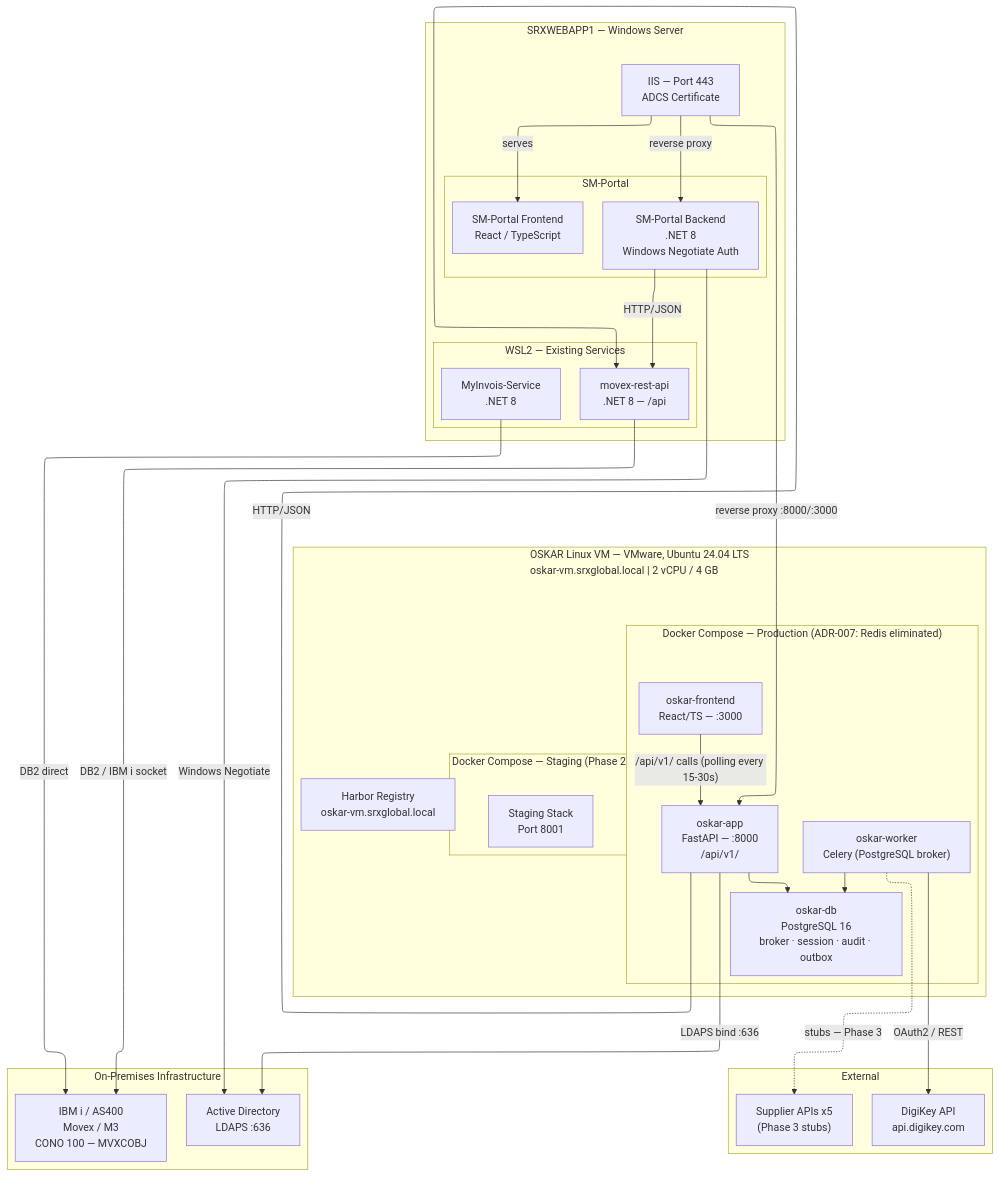
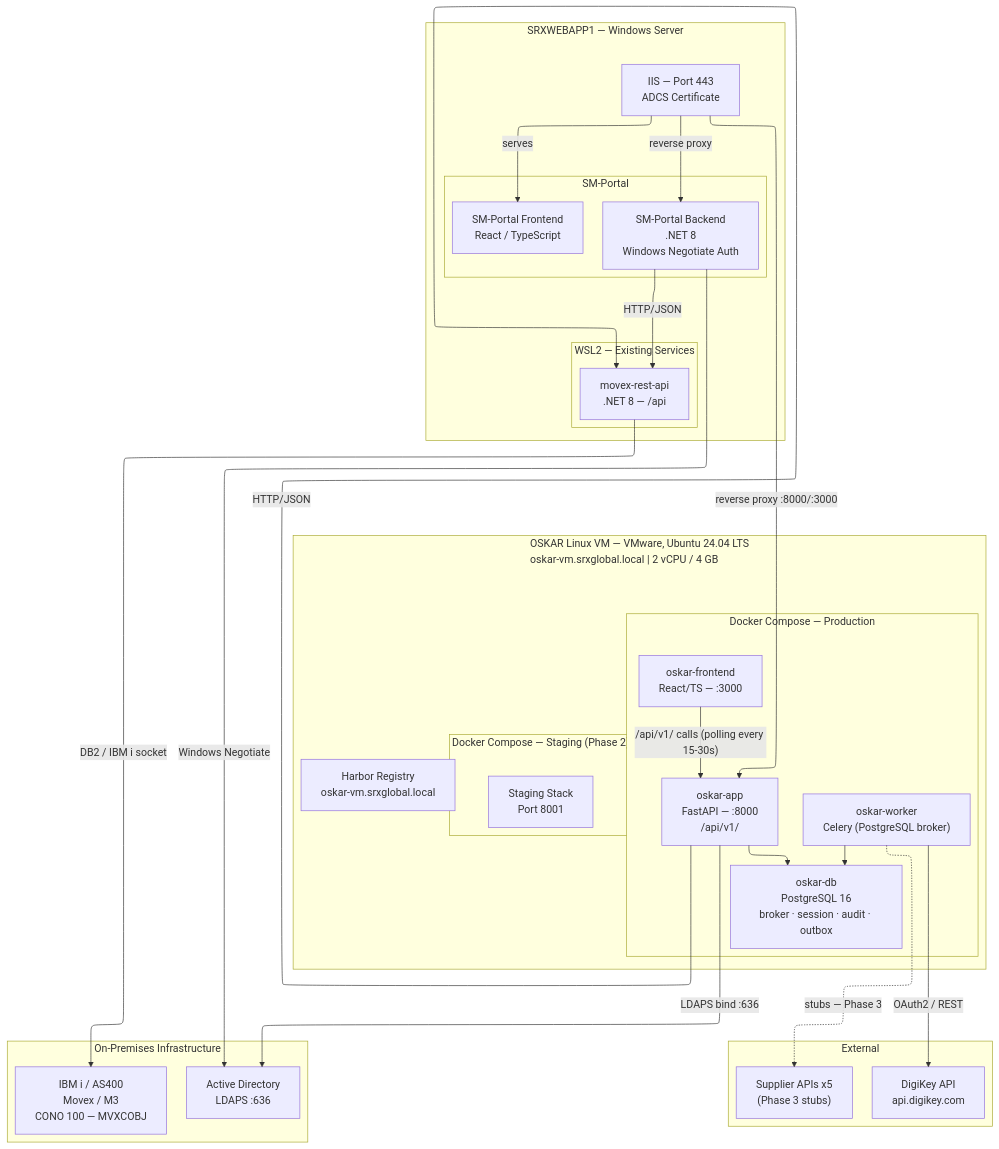
The second of 12 diagrams in ai/memory/03-oskar-architecture.md (hsalazar-srx/Oskar), drawn with Mermaid before and after one commit. The commit also changed other lines of this file and 66 other files, not shown here.

````diff
--- a/ai/memory/03-oskar-architecture.md
+++ b/ai/memory/03-oskar-architecture.md
@@ -71,68 +70,66 @@
 ```mermaid
 ---
 config:
   theme: light
   layout: elk
   look: classic
 ---
 graph TB
   subgraph Internet["External"]
     digikey["DigiKey API<br/>api.digikey.com"]
     suppliers_ext["Supplier APIs x5<br/>(Phase 3 stubs)"]
   end
 
   subgraph SRXWEBAPP1["SRXWEBAPP1 — Windows Server"]
     direction TB
     IIS["IIS — Port 443<br/>ADCS Certificate"]
 
     subgraph WSL2["WSL2 — Existing Services"]
       movexapi_svc["movex-rest-api<br/>.NET 8 — /api"]
-      myinvois_svc["MyInvois-Service<br/>.NET 8"]
     end
 
     subgraph SMPortal["SM-Portal"]
       smportal_be["SM-Portal Backend<br/>.NET 8<br/>Windows Negotiate Auth"]
       smportal_fe["SM-Portal Frontend<br/>React / TypeScript"]
     end
   end
 
   subgraph OskarVM["OSKAR Linux VM — VMware, Ubuntu 24.04 LTS<br/>oskar-vm.srxglobal.local | 2 vCPU / 4 GB"]
     direction TB
     Harbor["Harbor Registry<br/>oskar-vm.srxglobal.local"]
 
-    subgraph DockerProd["Docker Compose — Production (ADR-007: Redis eliminated)"]
+    subgraph DockerProd["Docker Compose — Production"]
       oskar_fe["oskar-frontend<br/>React/TS — :3000"]
       oskar_app["oskar-app<br/>FastAPI — :8000<br/>/api/v1/"]
       oskar_worker["oskar-worker<br/>Celery (PostgreSQL broker)"]
       oskar_db["oskar-db<br/>PostgreSQL 16<br/>broker · session · audit · outbox"]
     end
 
     subgraph DockerStaging["Docker Compose — Staging (Phase 2)"]
       staging["Staging Stack<br/>Port 8001"]
     end
   end
 
   subgraph OnPrem["On-Premises Infrastructure"]
     IBMI["IBM i / AS400<br/>Movex / M3<br/>CONO 100 — MVXCOBJ"]
     AD["Active Directory<br/>LDAPS :636"]
   end
 
   IIS -->|"reverse proxy :8000/:3000"| oskar_app
   IIS -->|"serves"| smportal_fe
   IIS -->|"reverse proxy"| smportal_be
 
   oskar_fe -->|"/api/v1/ calls (polling every 15-30s)"| oskar_app
   oskar_app --> oskar_db
   oskar_worker --> oskar_db
 
   oskar_app -->|"LDAPS bind :636"| AD
   oskar_app -->|"HTTP/JSON"| movexapi_svc
   oskar_worker -->|"OAuth2 / REST"| digikey
   oskar_worker -.->|"stubs — Phase 3"| suppliers_ext
 
   smportal_be -->|"HTTP/JSON"| movexapi_svc
   smportal_be -->|"Windows Negotiate"| AD
 
   movexapi_svc -->|"DB2 / IBM i socket"| IBMI
-  myinvois_svc -->|"DB2 direct"| IBMI
 ```
````
